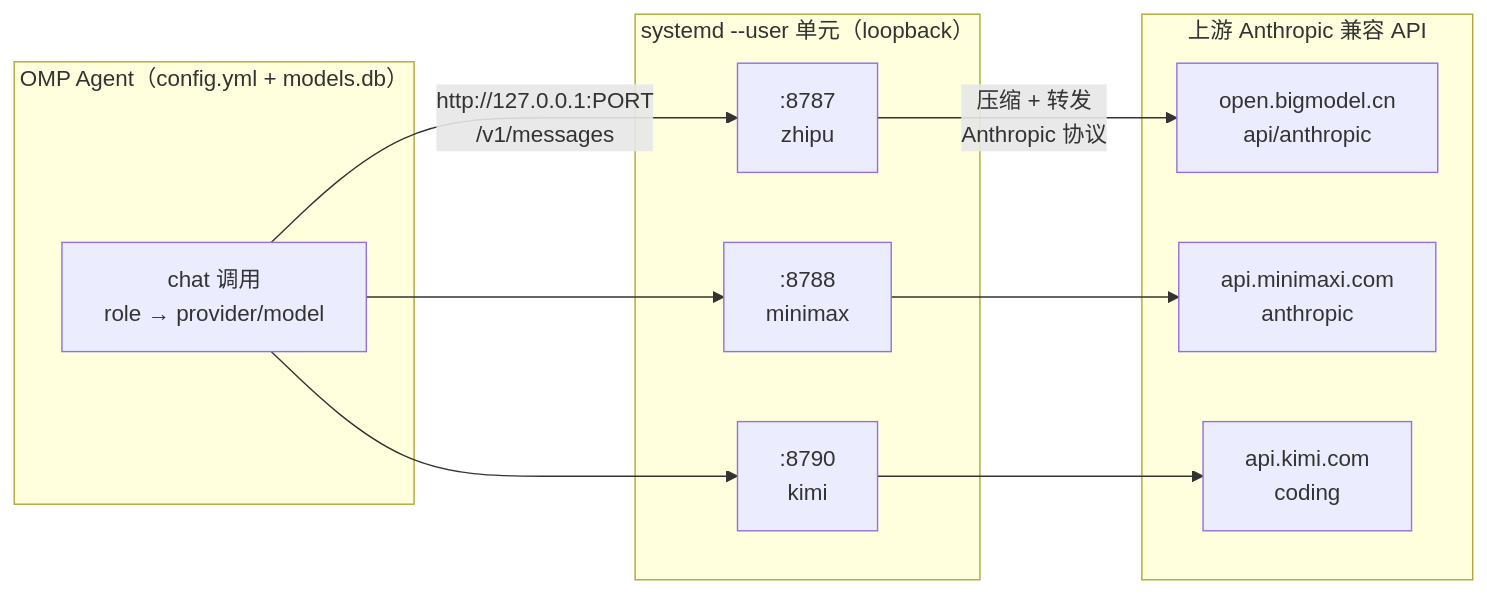
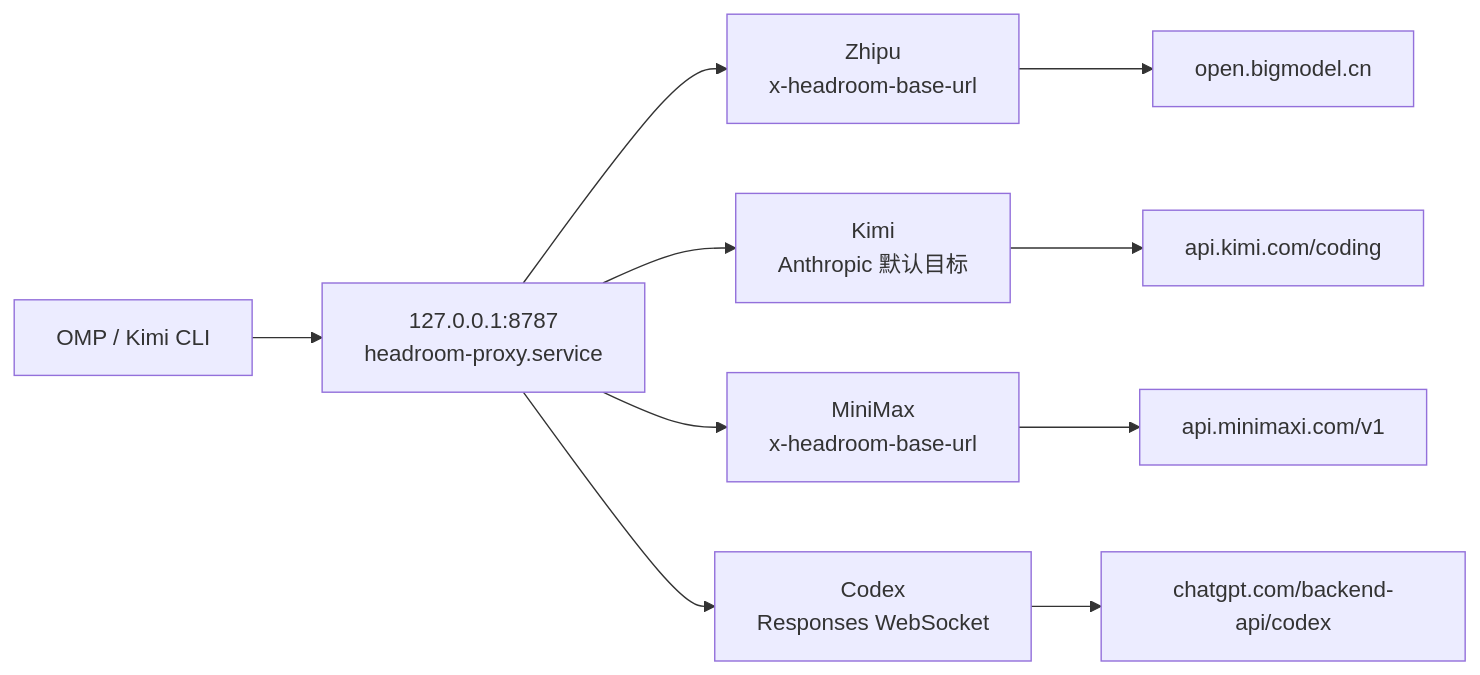
One commit to DavidHLP/DavidHLP.github.io changed the second of 6 diagrams in src/content/note/zh-cn/omp-config-and-rules-guide.md. Above: the diagram before and after it, drawn with Mermaid. The commit also changed other lines of this file and 11 other files, not shown here.

First line of the commit message:
docs(note): expand OMP and Headroom guides

````diff
--- a/src/content/note/zh-cn/omp-config-and-rules-guide.md
+++ b/src/content/note/zh-cn/omp-config-and-rules-guide.md
@@ -254,22 +256,12 @@
 ```mermaid
 flowchart LR
-  subgraph OMP["OMP Agent（config.yml + models.db）"]
-    A["chat 调用<br/>role → provider/model"]
-  end
-  subgraph Headroom["systemd --user 单元（loopback）"]
-    Z[":8787<br/>zhipu"]
-    M[":8788<br/>minimax"]
-    K[":8790<br/>kimi"]
-  end
-  subgraph Upstream["上游 Anthropic 兼容 API"]
-    U1["open.bigmodel.cn<br/>api/anthropic"]
-    U2["api.minimaxi.com<br/>anthropic"]
-    U3["api.kimi.com<br/>coding"]
-  end
-  A -->|"http://127.0.0.1:PORT<br/>/v1/messages"| Z
-  A --> M
-  A --> K
-  Z -->|"压缩 + 转发<br/>Anthropic 协议"| U1
-  M --> U2
-  K --> U3
+  A["OMP / Kimi CLI"] --> H["127.0.0.1:8787<br/>headroom-proxy.service"]
+  H --> Z["Zhipu<br/>x-headroom-base-url"]
+  H --> K["Kimi<br/>Anthropic 默认目标"]
+  H --> M["MiniMax<br/>x-headroom-base-url"]
+  H --> C["Codex<br/>Responses WebSocket"]
+  Z --> ZU["open.bigmodel.cn"]
+  K --> KU["api.kimi.com/coding"]
+  M --> MU["api.minimaxi.com/v1"]
+  C --> CU["chatgpt.com/backend-api/codex"]
 ```
````
